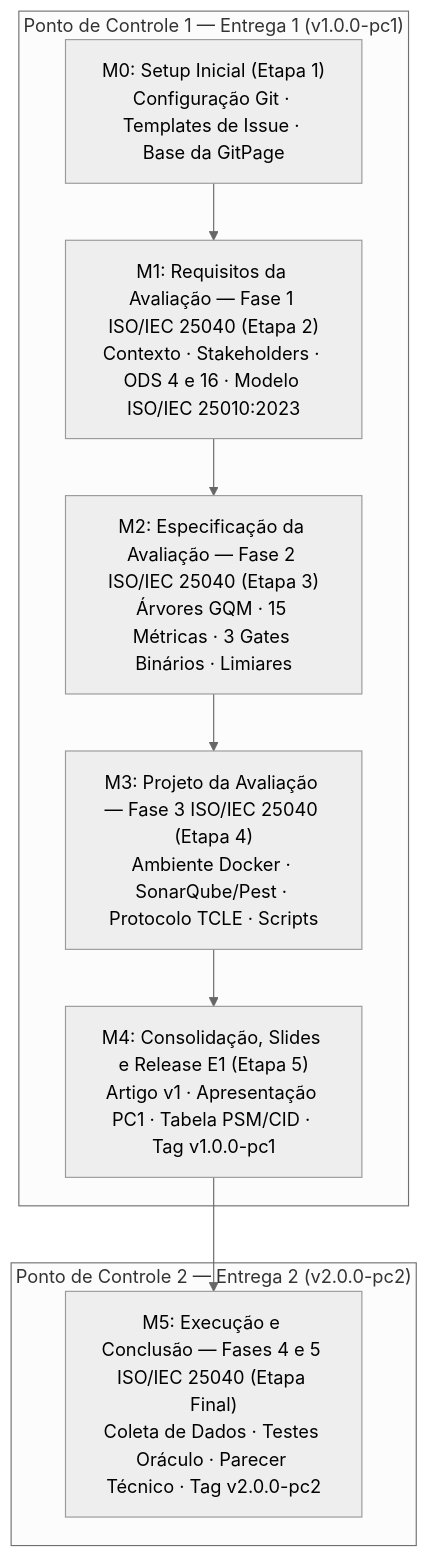
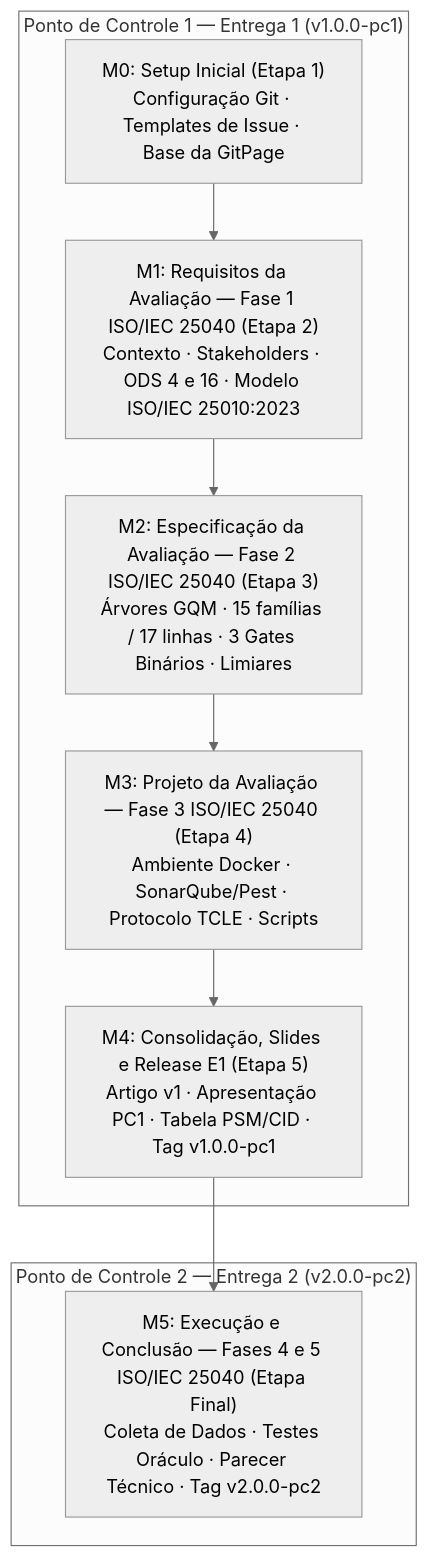
Before and after one commit to FCTE-Qualidade-de-Software-1/2026-2_T02_GRACE_HOPPER: the diagram in docs/gestao_projeto_releases_milestones_issues.md, drawn with Mermaid (neutral theme). The commit also changed other lines of this file and 5 other files, not shown here.

````diff
--- a/docs/gestao_projeto_releases_milestones_issues.md
+++ b/docs/gestao_projeto_releases_milestones_issues.md
@@ -36,15 +36,15 @@
 ```mermaid
 flowchart TD
     subgraph PC1["Ponto de Controle 1 — Entrega 1 (v1.0.0-pc1)"]
         M0["M0: Setup Inicial (Etapa 1)<br/>Configuração Git · Templates de Issue · Base da GitPage"]
         M1["M1: Requisitos da Avaliação — Fase 1 ISO/IEC 25040 (Etapa 2)<br/>Contexto · Stakeholders · ODS 4 e 16 · Modelo ISO/IEC 25010:2023"]
-        M2["M2: Especificação da Avaliação — Fase 2 ISO/IEC 25040 (Etapa 3)<br/>Árvores GQM · 15 Métricas · 3 Gates Binários · Limiares"]
+        M2["M2: Especificação da Avaliação — Fase 2 ISO/IEC 25040 (Etapa 3)<br/>Árvores GQM · 15 famílias / 17 linhas · 3 Gates Binários · Limiares"]
         M3["M3: Projeto da Avaliação — Fase 3 ISO/IEC 25040 (Etapa 4)<br/>Ambiente Docker · SonarQube/Pest · Protocolo TCLE · Scripts"]
         M4["M4: Consolidação, Slides e Release E1 (Etapa 5)<br/>Artigo v1 · Apresentação PC1 · Tabela PSM/CID · Tag v1.0.0-pc1"]
         M0 --> M1 --> M2 --> M3 --> M4
     end
     subgraph PC2["Ponto de Controle 2 — Entrega 2 (v2.0.0-pc2)"]
         M5["M5: Execução e Conclusão — Fases 4 e 5 ISO/IEC 25040 (Etapa Final)<br/>Coleta de Dados · Testes Oráculo · Parecer Técnico · Tag v2.0.0-pc2"]
     end
     M4 --> M5
 ```
````
